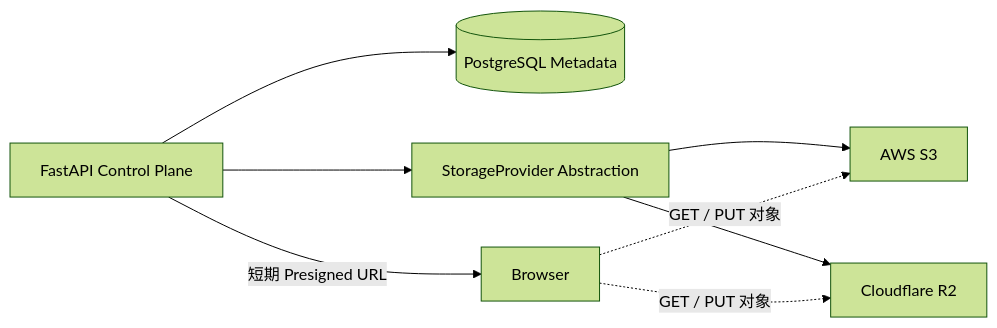
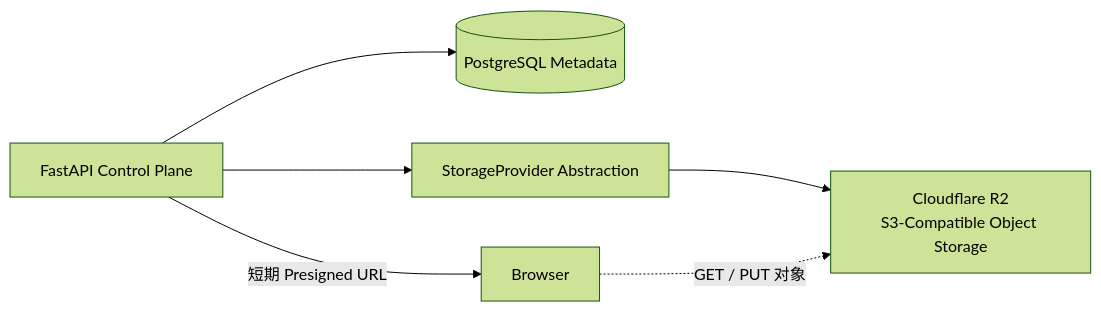
The second of 7 diagrams in README.md (passwii/digitalProjectManagement), drawn with Mermaid (forest theme) before and after one commit. The commit also changed other lines of this file, not shown here.

````diff
--- a/README.md
+++ b/README.md
@@ -50,10 +50,8 @@
 ```mermaid
 flowchart LR
     API["FastAPI Control Plane"] --> DB[("PostgreSQL Metadata")]
     API --> SP["StorageProvider Abstraction"]
-    SP --> S3["AWS S3"]
-    SP --> R2["Cloudflare R2"]
+    SP --> R2["Cloudflare R2<br/>S3-Compatible Object Storage"]
     API -->|"短期 Presigned URL"| B["Browser"]
-    B -.->|"GET / PUT 对象"| S3
     B -.->|"GET / PUT 对象"| R2
 ```
````
